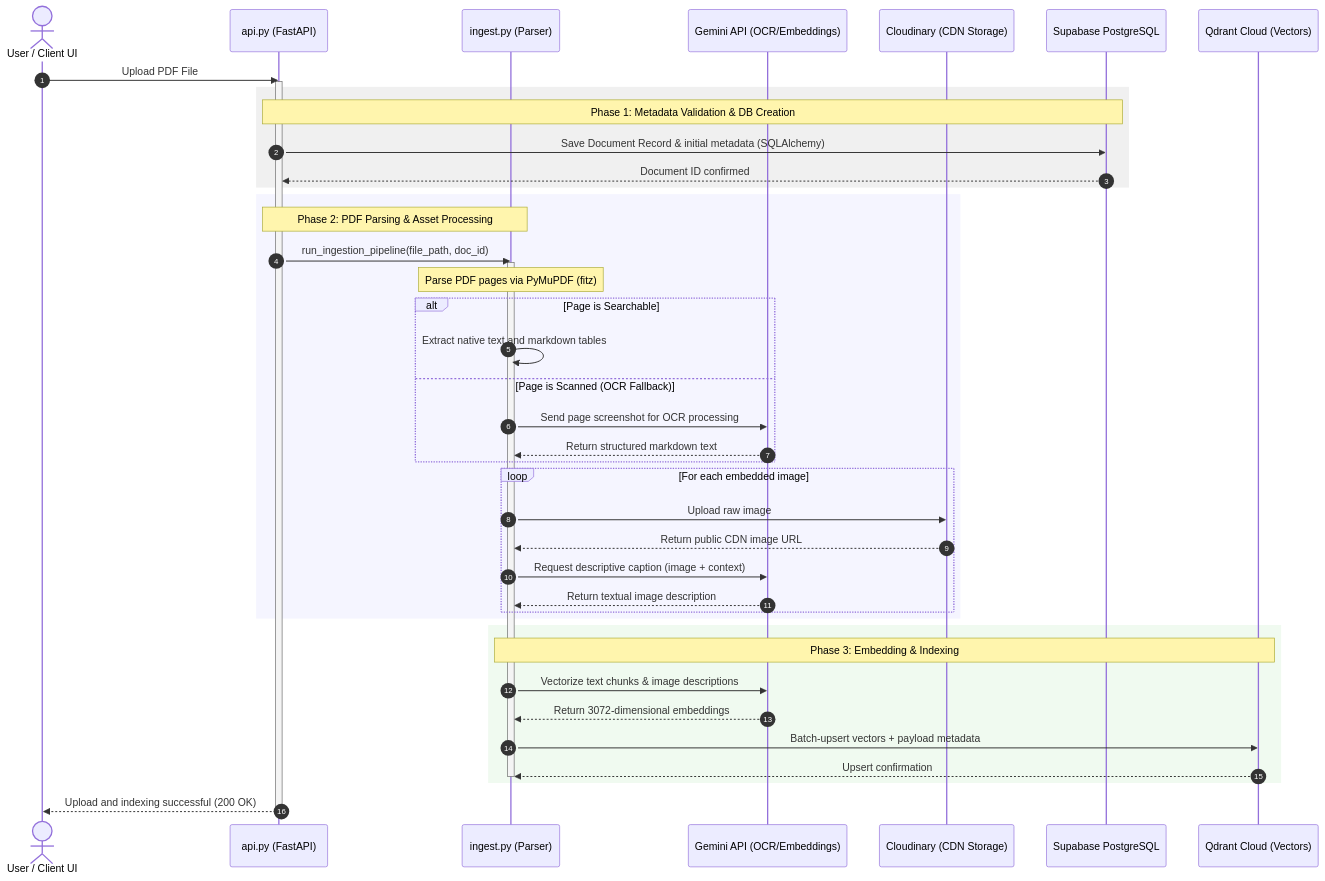
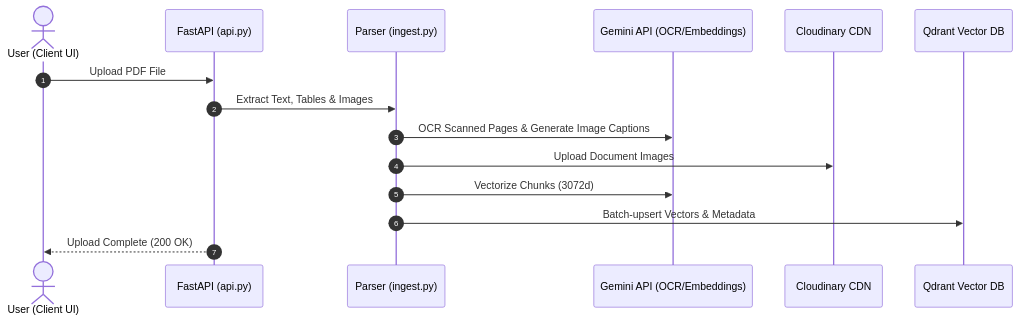
The first of 3 diagrams in info.md (supernovaDS/ragAgent), drawn with Mermaid before and after one commit. The commit also changed other lines of this file, not shown here.

Commit message:
docs: simplify sequence diagrams in info.md for maximum clarity and readability

````diff
--- a/info.md
+++ b/info.md
@@ -22,55 +22,18 @@
 ```mermaid
 sequenceDiagram
     autonumber
-    actor User as User / Client UI
-    participant API as api.py (FastAPI)
-    participant Ingest as ingest.py (Parser)
+    actor User as User (Client UI)
+    participant API as FastAPI (api.py)
+    participant Ingest as Parser (ingest.py)
     participant Gemini as Gemini API (OCR/Embeddings)
-    participant Cloudinary as Cloudinary (CDN Storage)
-    participant DB as Supabase PostgreSQL
-    participant Qdrant as Qdrant Cloud (Vectors)
+    participant Cloudinary as Cloudinary CDN
+    participant Qdrant as Qdrant Vector DB
 
     User->>API: Upload PDF File
-    activate API
-    
-    rect rgb(240, 240, 240)
-        Note over API, DB: Phase 1: Metadata Validation & DB Creation
-        API->>DB: Save Document Record & initial metadata (SQLAlchemy)
-        DB-->>API: Document ID confirmed
-    end
-
-    rect rgb(245, 245, 255)
-        Note over API, Ingest: Phase 2: PDF Parsing & Asset Processing
-        API->>Ingest: run_ingestion_pipeline(file_path, doc_id)
-        activate Ingest
-        
-        Note over Ingest: Parse PDF pages via PyMuPDF (fitz)
-        
-        alt Page is Searchable
-            Ingest->>Ingest: Extract native text and markdown tables
-        else Page is Scanned (OCR Fallback)
-            Ingest->>Gemini: Send page screenshot for OCR processing
-            Gemini-->>Ingest: Return structured markdown text
-        end
-
-        loop For each embedded image
-            Ingest->>Cloudinary: Upload raw image
-            Cloudinary-->>Ingest: Return public CDN image URL
-            Ingest->>Gemini: Request descriptive caption (image + context)
-            Gemini-->>Ingest: Return textual image description
-        end
-    end
-
-    rect rgb(240, 250, 240)
-        Note over Ingest, Qdrant: Phase 3: Embedding & Indexing
-        Ingest->>Gemini: Vectorize text chunks & image descriptions
-        Gemini-->>Ingest: Return 3072-dimensional embeddings
-        
-        Ingest->>Qdrant: Batch-upsert vectors + payload metadata
-        Qdrant-->>Ingest: Upsert confirmation
-        deactivate Ingest
-    end
-
-    API-->>User: Upload and indexing successful (200 OK)
-    deactivate API
+    API->>Ingest: Extract Text, Tables & Images
+    Ingest->>Gemini: OCR Scanned Pages & Generate Image Captions
+    Ingest->>Cloudinary: Upload Document Images
+    Ingest->>Gemini: Vectorize Chunks (3072d)
+    Ingest->>Qdrant: Batch-upsert Vectors & Metadata
+    API-->>User: Upload Complete (200 OK)
 ```
````
